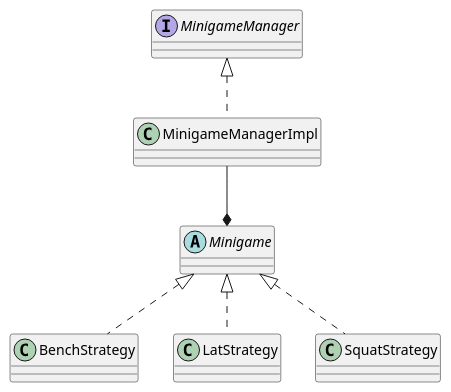
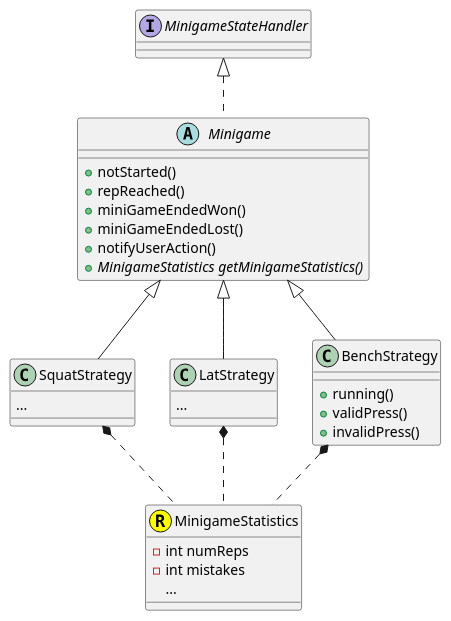
One commit to Lucaaa31/OOP23-gym-life changed the diagram in UML/Minigame/Minigame.puml. Above: the diagram before and after it, drawn with PlantUML. The commit also changed 12 other files, not shown here.

Commit message:
Created UML and fixed some classes name

```diff
--- a/UML/Minigame/Minigame.puml
+++ b/UML/Minigame/Minigame.puml
@@ -1,13 +1,39 @@
 @startuml
 'https://plantuml.com/class-diagram
 
-interface MinigameManager
-class MinigameManagerImpl implements MinigameManager
-abstract class Minigame
-class BenchStrategy implements Minigame
-class LatStrategy implements Minigame
-class SquatStrategy implements Minigame
+class MinigameStatistics << (R, yellow) >> {
+    - int numReps
+    - int mistakes
+    ...
+}
 
-MinigameManagerImpl --* Minigame
+abstract class Minigame implements MinigameStateHandler{
+    + notStarted()
+    + repReached()
+    + miniGameEndedWon()
+    + miniGameEndedLost()
+    + notifyUserAction()
+    + {abstract} MinigameStatistics getMinigameStatistics()
+}
+
+class BenchStrategy extends Minigame{
+    + running()
+    + validPress()
+    + invalidPress()
+
+}
+
+class LatStrategy extends Minigame{
+    ...
+
+}
+
+class SquatStrategy extends Minigame{
+    ...
+
+}
+MinigameStatistics .up.* BenchStrategy
+MinigameStatistics .up.* LatStrategy
+MinigameStatistics .up.* SquatStrategy
 
 @enduml
```
